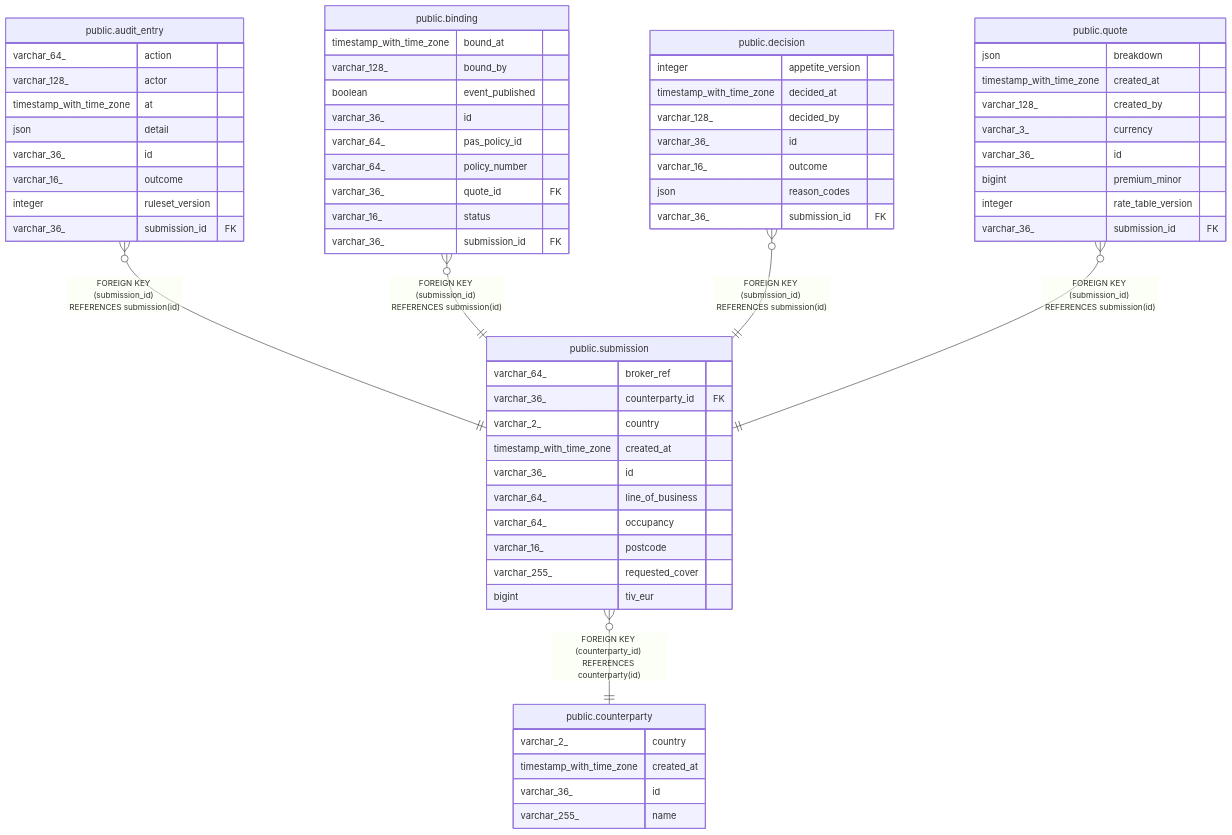
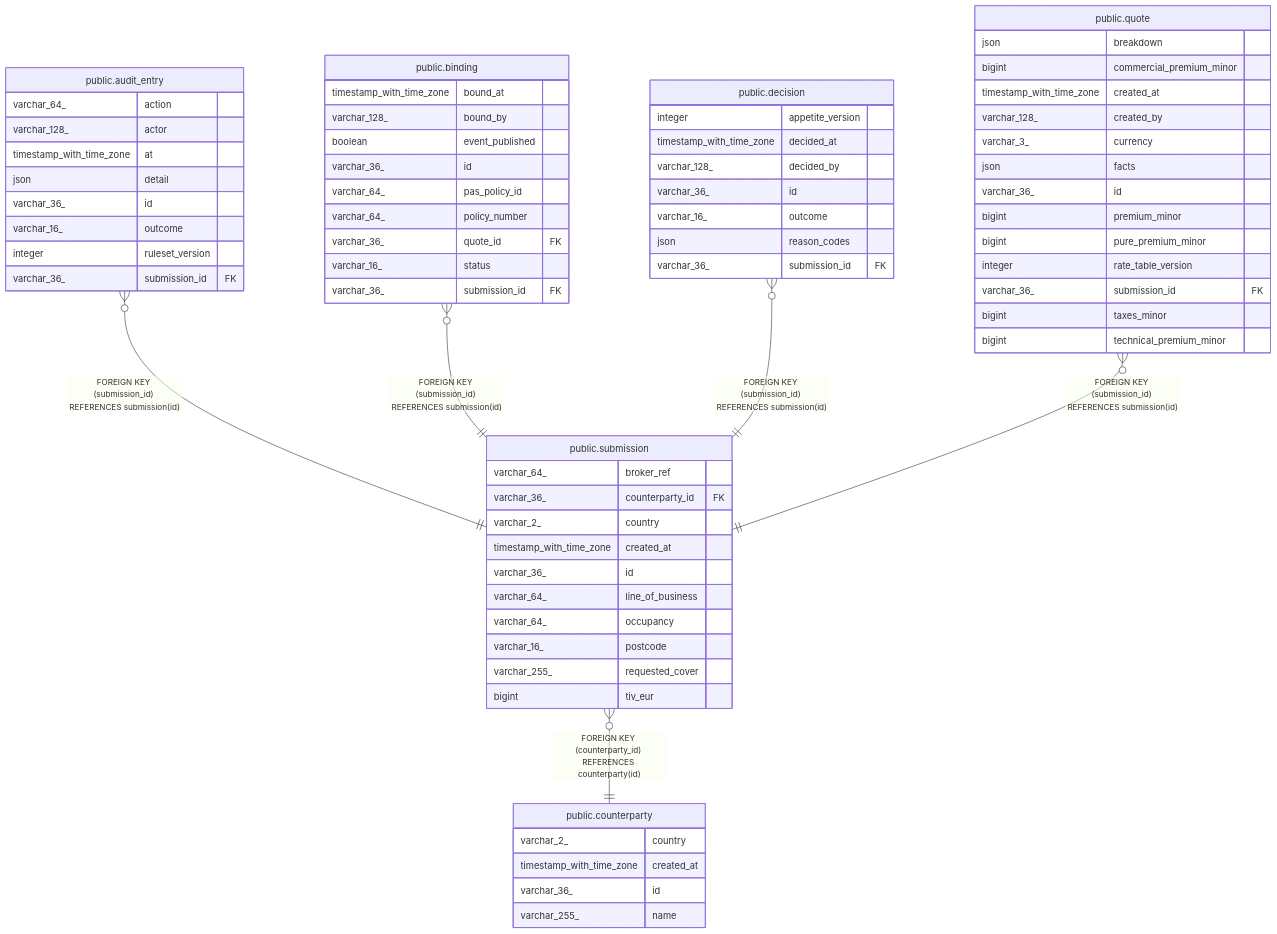
The diagram in docs/data-model/public.submission.md (andrelair-platform/ktayl-underwriting), drawn with Mermaid before and after one commit. The commit also changed 16 other files, not shown here.

First line of the commit message:
feat(pricing): P1 — technical/commercial split + quote manifest (ADR-009) (#38)

````diff
--- a/docs/data-model/public.submission.md
+++ b/docs/data-model/public.submission.md
@@ -33,68 +33,73 @@
 ```mermaid
 erDiagram
 
 "public.submission" }o--|| "public.counterparty" : "FOREIGN KEY (counterparty_id) REFERENCES counterparty(id)"
 "public.audit_entry" }o--|| "public.submission" : "FOREIGN KEY (submission_id) REFERENCES submission(id)"
 "public.binding" }o--|| "public.submission" : "FOREIGN KEY (submission_id) REFERENCES submission(id)"
 "public.decision" }o--|| "public.submission" : "FOREIGN KEY (submission_id) REFERENCES submission(id)"
 "public.quote" }o--|| "public.submission" : "FOREIGN KEY (submission_id) REFERENCES submission(id)"
 
 "public.submission" {
   varchar_64_ broker_ref
   varchar_36_ counterparty_id FK
   varchar_2_ country
   timestamp_with_time_zone created_at
   varchar_36_ id
   varchar_64_ line_of_business
   varchar_64_ occupancy
   varchar_16_ postcode
   varchar_255_ requested_cover
   bigint tiv_eur
 }
 "public.counterparty" {
   varchar_2_ country
   timestamp_with_time_zone created_at
   varchar_36_ id
   varchar_255_ name
 }
 "public.audit_entry" {
   varchar_64_ action
   varchar_128_ actor
   timestamp_with_time_zone at
   json detail
   varchar_36_ id
   varchar_16_ outcome
   integer ruleset_version
   varchar_36_ submission_id FK
 }
 "public.binding" {
   timestamp_with_time_zone bound_at
   varchar_128_ bound_by
   boolean event_published
   varchar_36_ id
   varchar_64_ pas_policy_id
   varchar_64_ policy_number
   varchar_36_ quote_id FK
   varchar_16_ status
   varchar_36_ submission_id FK
 }
 "public.decision" {
   integer appetite_version
   timestamp_with_time_zone decided_at
   varchar_128_ decided_by
   varchar_36_ id
   varchar_16_ outcome
   json reason_codes
   varchar_36_ submission_id FK
 }
 "public.quote" {
   json breakdown
+  bigint commercial_premium_minor
   timestamp_with_time_zone created_at
   varchar_128_ created_by
   varchar_3_ currency
+  json facts
   varchar_36_ id
   bigint premium_minor
+  bigint pure_premium_minor
   integer rate_table_version
   varchar_36_ submission_id FK
+  bigint taxes_minor
+  bigint technical_premium_minor
 }
 ```
````
